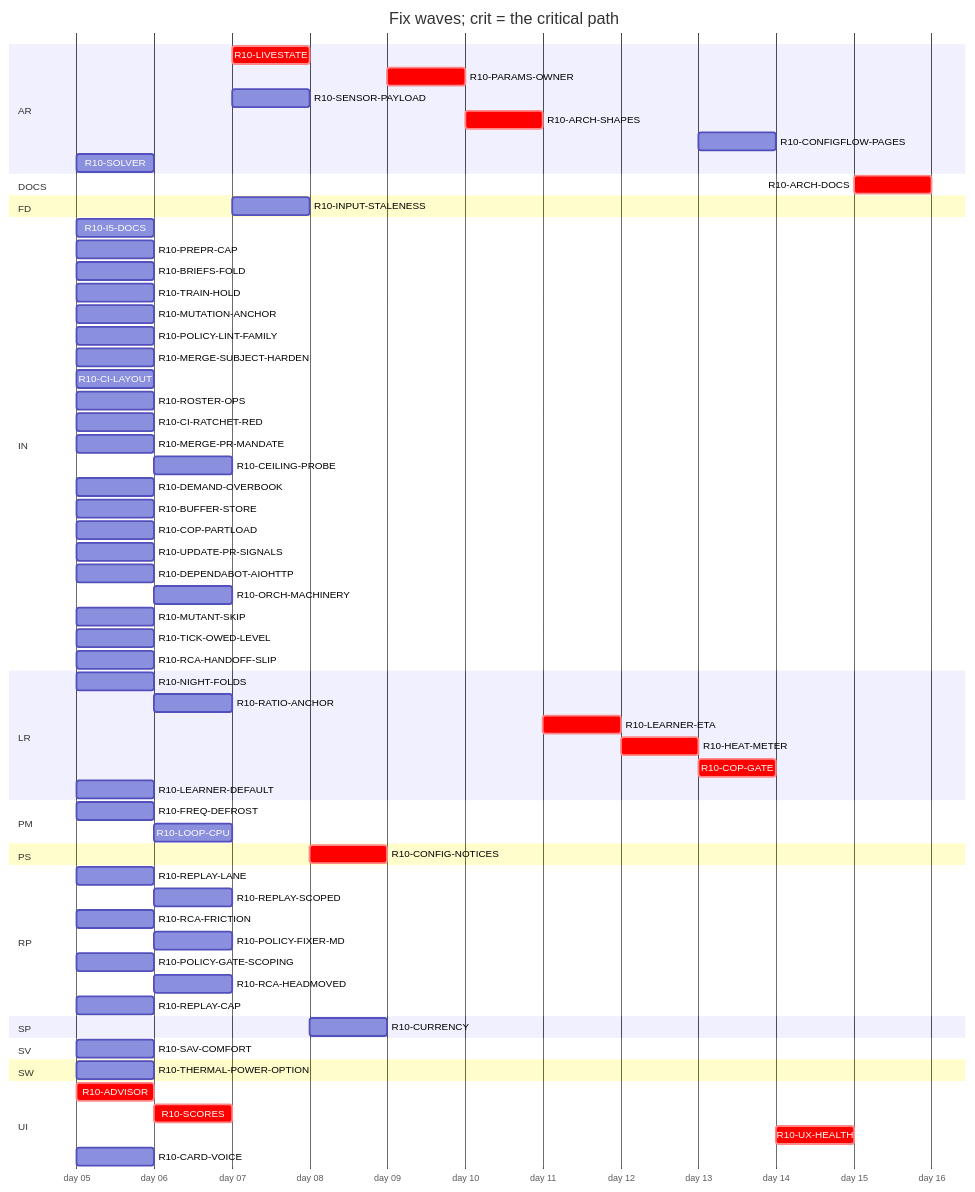
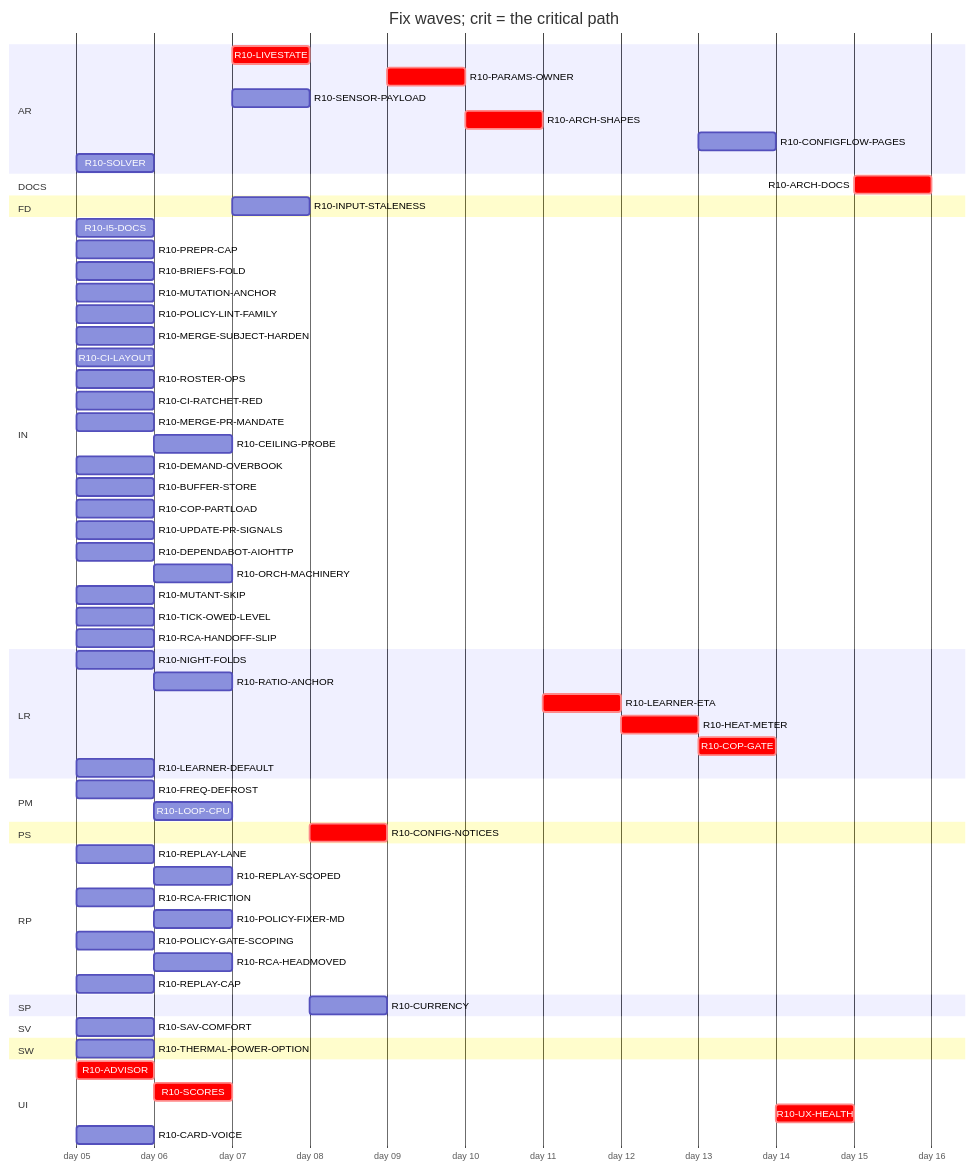
The diagram in handoff/round10/state/PLAN-TABLE.md (tvofi/heatpump_optimizer), drawn with Mermaid before and after one commit. The commit also changed other lines of this file and 2 other files, not shown here.

````diff
--- a/handoff/round10/state/PLAN-TABLE.md
+++ b/handoff/round10/state/PLAN-TABLE.md
@@ -25,70 +25,69 @@
 ```mermaid
 gantt
   title Fix waves; crit = the critical path
   dateFormat YYYY-MM-DD
   axisFormat day %d
   section AR
     R10-LIVESTATE :crit, r10LIVESTATE, after r10SCORES, 1d
     R10-PARAMS-OWNER :crit, r10PARAMSOWNER, after r10CONFIGNOTICES, 1d
     R10-SENSOR-PAYLOAD :r10SENSORPAYLOAD, after r10SCORES, 1d
     R10-ARCH-SHAPES :crit, r10ARCHSHAPES, after r10PARAMSOWNER r10SENSORPAYLOAD r10FREQDEFROST, 1d
     R10-CONFIGFLOW-PAGES :r10CONFIGFLOWPAGES, after r10HEATMETER, 1d
     R10-SOLVER :r10SOLVER, 2026-01-05, 1d
   section DOCS
-    R10-ARCH-DOCS :crit, r10ARCHDOCS, after r10NIGHTFOLDS r10RATIOANCHOR r10INPUTSTALENESS r10CURRENCY r10FREQDEFROST r10LOOPCPU r10ADVISOR r10SCORES r10LIVESTATE r10CONFIGNOTICES r10PARAMSOWNER r10SENSORPAYLOAD r10ARCHSHAPES r10LEARNERETA r10HEATMETER r10COPGATE r10UXHEALTH r10CONFIGFLOWPAGES r10SOLVER r10I5DOCS r10BRIEFSFOLD r10REPLAYLANE r10REPLAYSCOPED r10TRAINHOLD, 1d
+    R10-ARCH-DOCS :crit, r10ARCHDOCS, after r10NIGHTFOLDS r10RATIOANCHOR r10INPUTSTALENESS r10CURRENCY r10FREQDEFROST r10LOOPCPU r10ADVISOR r10SCORES r10LIVESTATE r10CONFIGNOTICES r10PARAMSOWNER r10SENSORPAYLOAD r10ARCHSHAPES r10LEARNERETA r10HEATMETER r10COPGATE r10UXHEALTH r10CONFIGFLOWPAGES r10SOLVER r10I5DOCS r10BRIEFSFOLD r10REPLAYLANE r10REPLAYSCOPED, 1d
   section FD
     R10-INPUT-STALENESS :r10INPUTSTALENESS, after r10RATIOANCHOR, 1d
   section IN
     R10-I5-DOCS :r10I5DOCS, 2026-01-05, 1d
     R10-PREPR-CAP :r10PREPRCAP, 2026-01-05, 1d
     R10-BRIEFS-FOLD :r10BRIEFSFOLD, 2026-01-05, 1d
-    R10-TRAIN-HOLD :r10TRAINHOLD, 2026-01-05, 1d
     R10-MUTATION-ANCHOR :r10MUTATIONANCHOR, 2026-01-05, 1d
     R10-POLICY-LINT-FAMILY :r10POLICYLINTFAMILY, 2026-01-05, 1d
     R10-MERGE-SUBJECT-HARDEN :r10MERGESUBJECTHARDEN, 2026-01-05, 1d
     R10-CI-LAYOUT :r10CILAYOUT, 2026-01-05, 1d
     R10-ROSTER-OPS :r10ROSTEROPS, 2026-01-05, 1d
     R10-CI-RATCHET-RED :r10CIRATCHETRED, 2026-01-05, 1d
     R10-MERGE-PR-MANDATE :r10MERGEPRMANDATE, 2026-01-05, 1d
     R10-CEILING-PROBE :r10CEILINGPROBE, after r10CILAYOUT r10NIGHTFOLDS, 1d
     R10-DEMAND-OVERBOOK :r10DEMANDOVERBOOK, 2026-01-05, 1d
     R10-BUFFER-STORE :r10BUFFERSTORE, 2026-01-05, 1d
     R10-COP-PARTLOAD :r10COPPARTLOAD, 2026-01-05, 1d
     R10-UPDATE-PR-SIGNALS :r10UPDATEPRSIGNALS, 2026-01-05, 1d
     R10-DEPENDABOT-AIOHTTP :r10DEPENDABOTAIOHTTP, 2026-01-05, 1d
     R10-ORCH-MACHINERY :r10ORCHMACHINERY, after r10ROSTEROPS r10CILAYOUT, 1d
     R10-MUTANT-SKIP :r10MUTANTSKIP, 2026-01-05, 1d
     R10-TICK-OWED-LEVEL :r10TICKOWEDLEVEL, 2026-01-05, 1d
     R10-RCA-HANDOFF-SLIP :r10RCAHANDOFFSLIP, 2026-01-05, 1d
   section LR
     R10-NIGHT-FOLDS :r10NIGHTFOLDS, 2026-01-05, 1d
     R10-RATIO-ANCHOR :r10RATIOANCHOR, after r10NIGHTFOLDS, 1d
     R10-LEARNER-ETA :crit, r10LEARNERETA, after r10ARCHSHAPES, 1d
     R10-HEAT-METER :crit, r10HEATMETER, after r10LEARNERETA r10INPUTSTALENESS r10RATIOANCHOR, 1d
     R10-COP-GATE :crit, r10COPGATE, after r10HEATMETER r10SENSORPAYLOAD, 1d
     R10-LEARNER-DEFAULT :r10LEARNERDEFAULT, 2026-01-05, 1d
   section PM
     R10-FREQ-DEFROST :r10FREQDEFROST, 2026-01-05, 1d
     R10-LOOP-CPU :r10LOOPCPU, after r10FREQDEFROST, 1d
   section PS
     R10-CONFIG-NOTICES :crit, r10CONFIGNOTICES, after r10LIVESTATE, 1d
   section RP
     R10-REPLAY-LANE :r10REPLAYLANE, 2026-01-05, 1d
-    R10-REPLAY-SCOPED :r10REPLAYSCOPED, after r10REPLAYLANE r10TRAINHOLD, 1d
+    R10-REPLAY-SCOPED :r10REPLAYSCOPED, after r10REPLAYLANE, 1d
     R10-RCA-FRICTION :r10RCAFRICTION, 2026-01-05, 1d
     R10-POLICY-FIXER-MD :r10POLICYFIXERMD, after r10RCAFRICTION r10BRIEFSFOLD, 1d
     R10-POLICY-GATE-SCOPING :r10POLICYGATESCOPING, 2026-01-05, 1d
     R10-RCA-HEADMOVED :r10RCAHEADMOVED, after r10RCAFRICTION, 1d
     R10-REPLAY-CAP :r10REPLAYCAP, 2026-01-05, 1d
   section SP
     R10-CURRENCY :r10CURRENCY, after r10INPUTSTALENESS, 1d
   section SV
     R10-SAV-COMFORT :r10SAVCOMFORT, 2026-01-05, 1d
   section SW
     R10-THERMAL-POWER-OPTION :r10THERMALPOWEROPTION, 2026-01-05, 1d
   section UI
     R10-ADVISOR :crit, r10ADVISOR, 2026-01-05, 1d
     R10-SCORES :crit, r10SCORES, after r10ADVISOR, 1d
     R10-UX-HEALTH :crit, r10UXHEALTH, after r10SCORES r10COPGATE r10HEATMETER, 1d
     R10-CARD-VOICE :r10CARDVOICE, 2026-01-05, 1d
 ```
````
